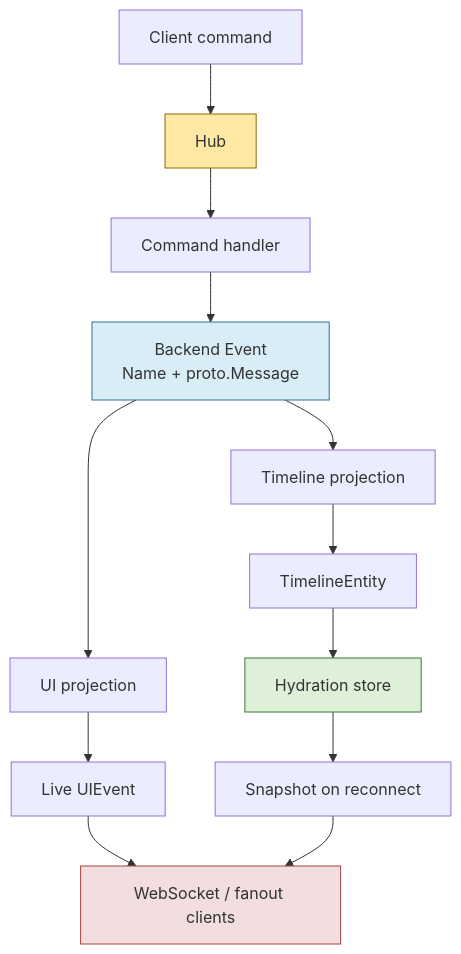
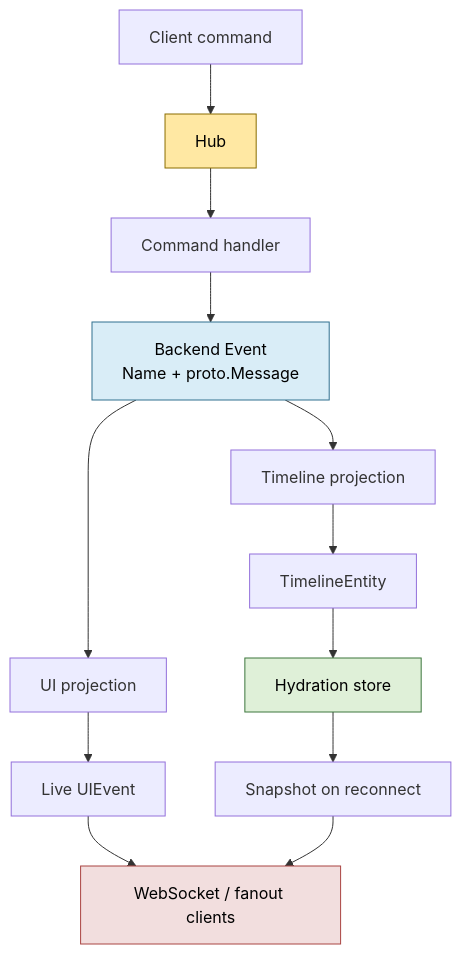
One commit to go-go-golems/sessionstream changed the diagram in README.md. Above: the diagram before and after it, drawn with Mermaid. The commit also changed other lines of this file and 10 other files, not shown here.

````diff
--- a/README.md
+++ b/README.md
@@ -23,19 +23,19 @@
 ```mermaid
 flowchart TD
     A[Client command] --> B[Hub]
     B --> C[Command handler]
     C --> D[Backend Event<br/>Name + proto.Message]
     D --> E[UI projection]
     D --> F[Timeline projection]
     E --> G[Live UIEvent]
     F --> H[TimelineEntity]
     H --> I[Hydration store]
     G --> J[WebSocket / fanout clients]
     I --> K[Snapshot on reconnect]
     K --> J
 
-    style B fill:#ffe8a3,stroke:#8a6d00
-    style D fill:#d9edf7,stroke:#31708f
-    style I fill:#dff0d8,stroke:#3c763d
-    style J fill:#f2dede,stroke:#a94442
+    style B fill:#ffe8a3,stroke:#8a6d00,color:#000
+    style D fill:#d9edf7,stroke:#31708f,color:#000
+    style I fill:#dff0d8,stroke:#3c763d,color:#000
+    style J fill:#f2dede,stroke:#a94442,color:#000
 ```
````
